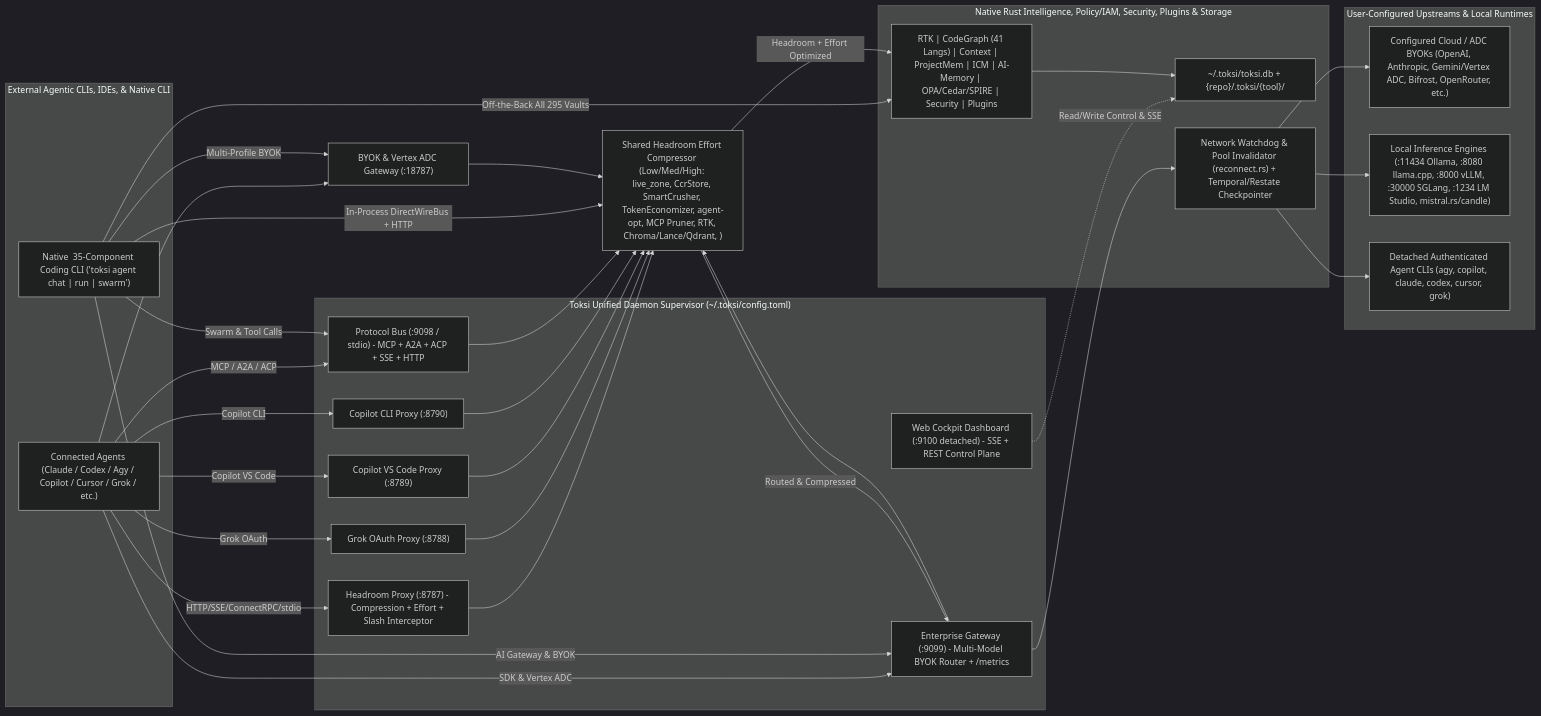
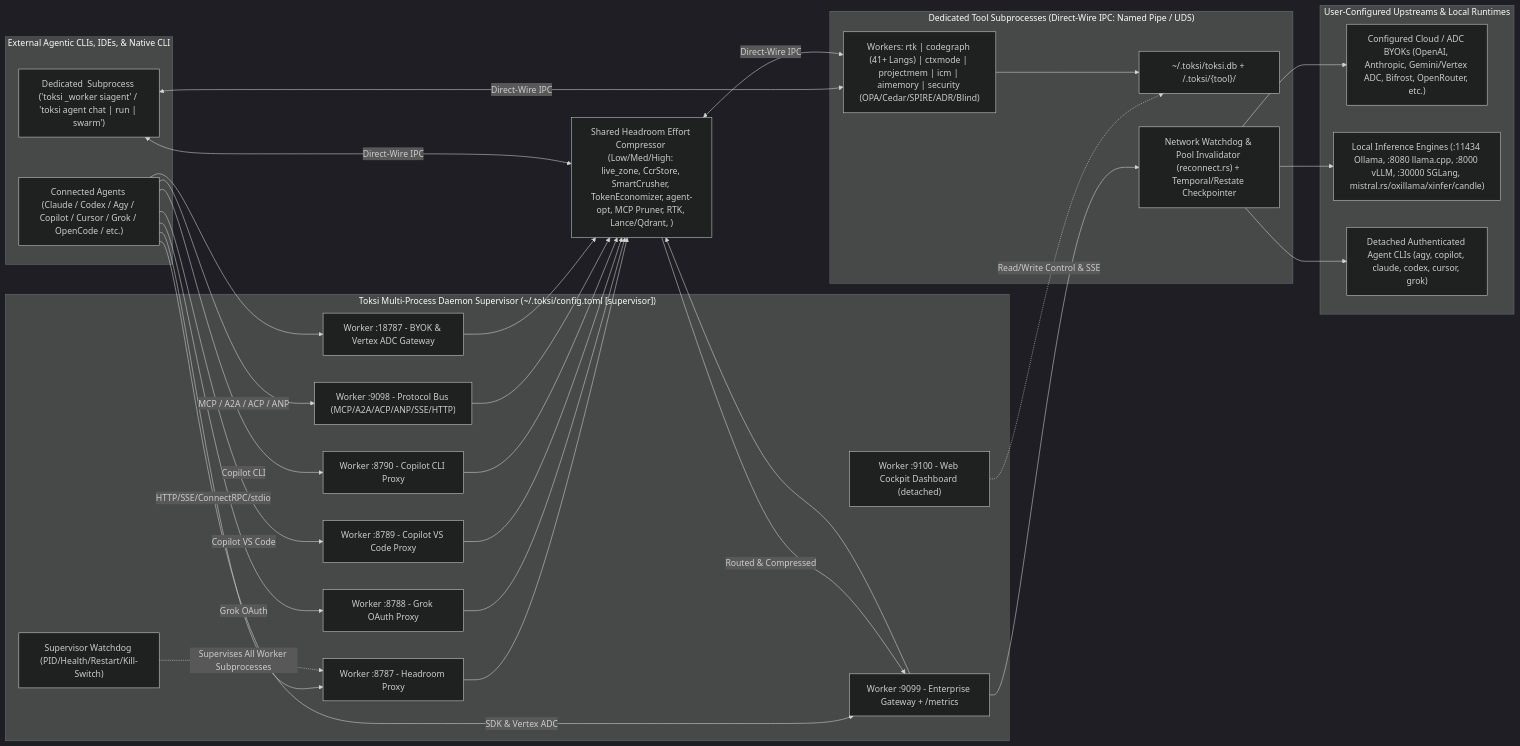
Before and after one commit to Navegos/neo: the first of 3 diagrams in crates/toksi/research/RESEARCHPLAN.md, drawn with Mermaid (dark theme). The commit also changed other lines of this file and 3 other files, not shown here.

````diff
--- a/crates/toksi/research/RESEARCHPLAN.md
+++ b/crates/toksi/research/RESEARCHPLAN.md
@@ -612,58 +792,58 @@
 ```mermaid
 flowchart LR
     subgraph Clients["External Agentic CLIs, IDEs, & Native <toksi-siagent> CLI"]
-        A1["Connected Agents (Claude / Codex / Agy / Copilot / Cursor / Grok / etc.)"]
-        A2["Native <toksi-siagent> 35-Component Coding CLI ('toksi agent chat | run | swarm')"]
+        A1["Connected Agents (Claude / Codex / Agy / Copilot / Cursor / Grok / OpenCode / etc.)"]
+        A2["Dedicated <toksi-siagent> Subprocess ('toksi _worker siagent' / 'toksi agent chat | run | swarm')"]
     end
 
-    subgraph Runtime["Toksi Unified Daemon Supervisor (~/.toksi/config.toml)"]
-        P8787["Headroom Proxy (:8787) - Compression + Effort + Slash Interceptor"]
-        P8788["Grok OAuth Proxy (:8788)"]
-        P8789["Copilot VS Code Proxy (:8789)"]
-        P8790["Copilot CLI Proxy (:8790)"]
-        P9098["Protocol Bus (:9098 / stdio) - MCP + A2A + ACP + SSE + HTTP"]
-        P9099["Enterprise Gateway (:9099) - Multi-Model BYOK Router + /metrics"]
-        P9100["Web Cockpit Dashboard (:9100 detached) - SSE + REST Control Plane"]
+    subgraph Supervisor["Toksi Multi-Process Daemon Supervisor (~/.toksi/config.toml [supervisor])"]
+        SUP["Supervisor Watchdog (PID/Health/Restart/Kill-Switch)"]
+        P8787["Worker :8787 - Headroom Proxy"]
+        P8788["Worker :8788 - Grok OAuth Proxy"]
+        P8789["Worker :8789 - Copilot VS Code Proxy"]
+        P8790["Worker :8790 - Copilot CLI Proxy"]
+        P9098["Worker :9098 - Protocol Bus (MCP/A2A/ACP/ANP/SSE/HTTP)"]
+        P9099["Worker :9099 - Enterprise Gateway + /metrics"]
+        P9100["Worker :9100 - Web Cockpit Dashboard (detached)"]
+        P18787["Worker :18787 - BYOK & Vertex ADC Gateway"]
     end
 
-    subgraph Core["Native Rust Intelligence, Policy/IAM, Security, Plugins & Storage"]
-        Tools["RTK | CodeGraph (41 Langs) | Context | ProjectMem | ICM | AI-Memory | OPA/Cedar/SPIRE | Security | Plugins"]
-        DB["~/.toksi/toksi.db + {repo}/.toksi/{tool}/"]
+    subgraph ToolWorkers["Dedicated Tool Subprocesses (Direct-Wire IPC: Named Pipe / UDS)"]
+        Tools["Workers: rtk | codegraph (41+ Langs) | ctxmode | projectmem | icm | aimemory | security (OPA/Cedar/SPIRE/ADR/Blind)"]
+        DB["~/.toksi/toksi.db + <repo>/.toksi/{tool}/"]
         Heal["Network Watchdog & Pool Invalidator (reconnect.rs) + Temporal/Restate Checkpointer"]
     end
 
     subgraph Upstream["User-Configured Upstreams & Local Runtimes"]
         Cloud["Configured Cloud / ADC BYOKs (OpenAI, Anthropic, Gemini/Vertex ADC, Bifrost, OpenRouter, etc.)"]
-        Local["Local Inference Engines (:11434 Ollama, :8080 llama.cpp, :8000 vLLM, :30000 SGLang, :1234 LM Studio, mistral.rs/candle)"]
+        Local["Local Inference Engines (:11434 Ollama, :8080 llama.cpp, :8000 vLLM, :30000 SGLang, mistral.rs/oxillama/xinfer/candle)"]
         CLI["Detached Authenticated Agent CLIs (agy, copilot, claude, codex, cursor, grok)"]
     end
 
     A1 -->|HTTP/SSE/ConnectRPC/stdio| P8787
     A1 -->|Grok OAuth| P8788
     A1 -->|Copilot VS Code| P8789
     A1 -->|Copilot CLI| P8790
-    A1 -->|MCP / A2A / ACP| P9098
+    A1 -->|MCP / A2A / ACP / ANP| P9098
     A1 -->|SDK & Vertex ADC| P9099
-    A1 -->|"<byok, model, effort>"| P18787["BYOK & Vertex ADC Gateway (:18787)"]
-    A2 -->|In-Process DirectWireBus + HTTP| Compress["Shared Headroom Effort Compressor (Low/Med/High: live_zone, CcrStore, SmartCrusher, TokenEconomizer, agent-opt, MCP Pruner, RTK, Chroma/Lance/Qdrant, <enforce>)"]
-    A2 -->|Swarm & Tool Calls| P9098
-    A2 -->|AI Gateway & BYOK| P9099
-    A2 -->|Multi-Profile BYOK| P18787
-    A2 -->|Off-the-Back All 295 Vaults| Tools
+    A1 -->|"<byok, model, effort>"| P18787
+    A2 <-->|Direct-Wire IPC| Compress["Shared Headroom Effort Compressor (Low/Med/High: live_zone, CcrStore, SmartCrusher, TokenEconomizer, agent-opt, MCP Pruner, RTK, Lance/Qdrant, <enforce>)"]
+    A2 <-->|Direct-Wire IPC| Tools
 
+    SUP -.->|Supervises All Worker Subprocesses| P8787
     P8787 --> Compress
     P8788 --> Compress
     P8789 --> Compress
     P8790 --> Compress
     P9098 --> Compress
     P9099 --> Compress
     P18787 --> Compress
-    Compress -->|Headroom + Effort Optimized| Tools
+    Compress <-->|Direct-Wire IPC| Tools
     Compress -->|Routed & Compressed| P9099
     P9099 --> Heal
     Heal --> Cloud
     Heal --> Local
     Heal --> CLI
     P9100 -.->|Read/Write Control & SSE| DB
     Tools --> DB
 ```
````
